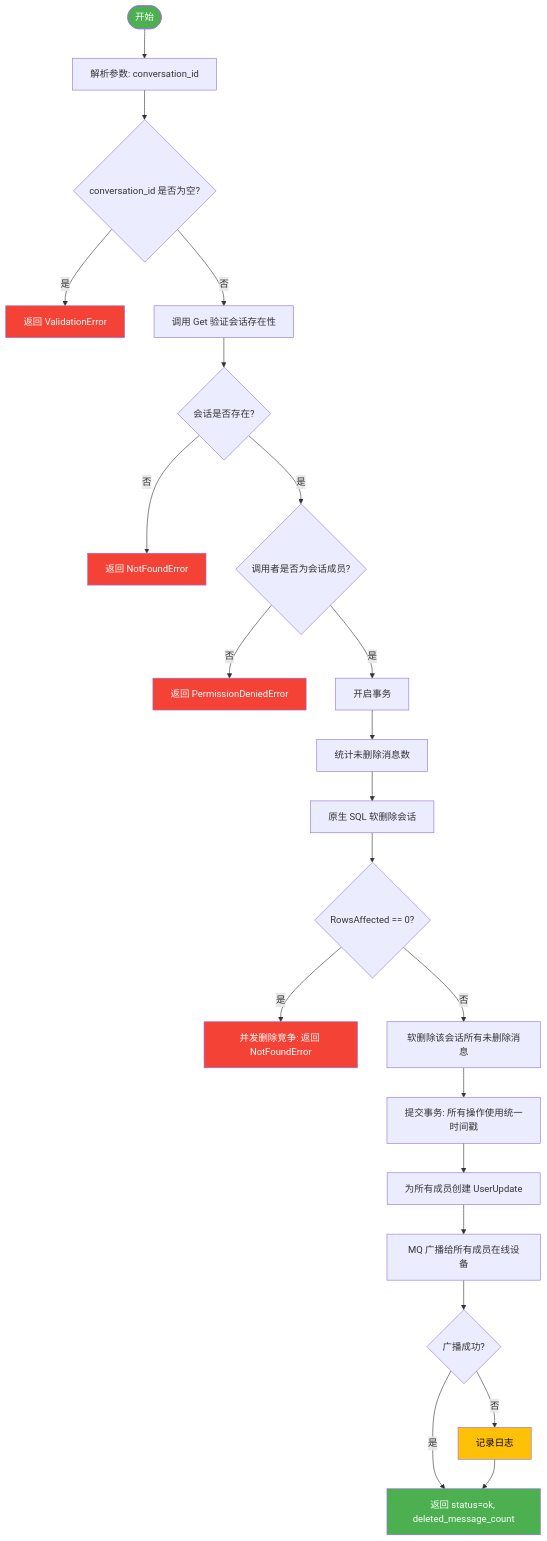
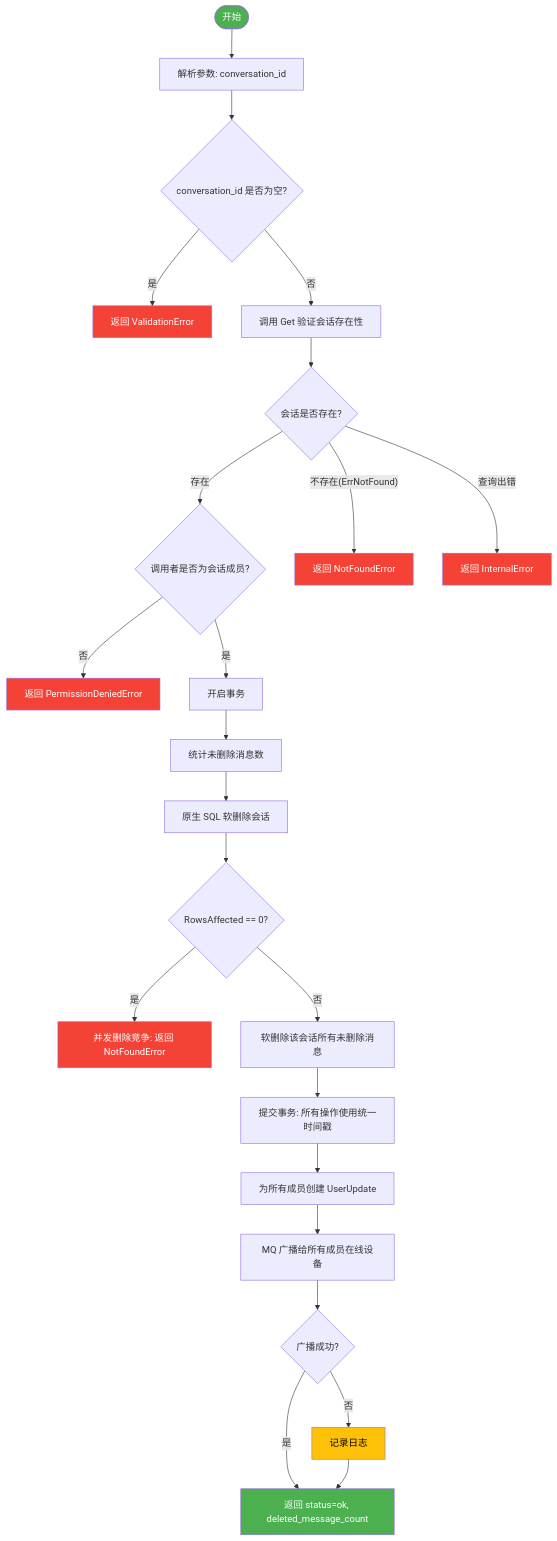
Before and after one commit to PineappleBond/xyncra-server: the fourth of 5 diagrams in wiki/flows/conversation.md, drawn with Mermaid. The commit also changed other lines of this file and 21 other files, not shown here.

````diff
--- a/wiki/flows/conversation.md
+++ b/wiki/flows/conversation.md
@@ -299,32 +302,34 @@
 ```mermaid
 flowchart TD
     A([开始]) --> B[解析参数: conversation_id]
     B --> C{conversation_id 是否为空?}
     C -- 是 --> C1[返回 ValidationError]
     C -- 否 --> D[调用 Get 验证会话存在性]
     D --> E{会话是否存在?}
-    E -- 否 --> E1[返回 NotFoundError]
-    E -- 是 --> F{调用者是否为会话成员?}
+    E -- 存在 --> F{调用者是否为会话成员?}
+    E -- 不存在(ErrNotFound) --> E1[返回 NotFoundError]
+    E -- 查询出错 --> E2[返回 InternalError]
     F -- 否 --> F1[返回 PermissionDeniedError]
     F -- 是 --> G[开启事务]
     G --> H[统计未删除消息数]
     H --> I[原生 SQL 软删除会话]
     I --> J{RowsAffected == 0?}
     J -- 是 --> J1[并发删除竞争: 返回 NotFoundError]
     J -- 否 --> K[软删除该会话所有未删除消息]
     K --> L[提交事务: 所有操作使用统一时间戳]
     L --> M[为所有成员创建 UserUpdate]
     M --> N[MQ 广播给所有成员在线设备]
     N --> O{广播成功?}
     O -- 否 --> O1[记录日志]
     O -- 是 --> P[返回 status=ok, deleted_message_count]
     O1 --> P
 
     style A fill:#4CAF50,color:#fff
     style C1 fill:#f44336,color:#fff
     style E1 fill:#f44336,color:#fff
+    style E2 fill:#f44336,color:#fff
     style F1 fill:#f44336,color:#fff
     style J1 fill:#f44336,color:#fff
     style O1 fill:#FFC107,color:#000
     style P fill:#4CAF50,color:#fff
 ```
````
